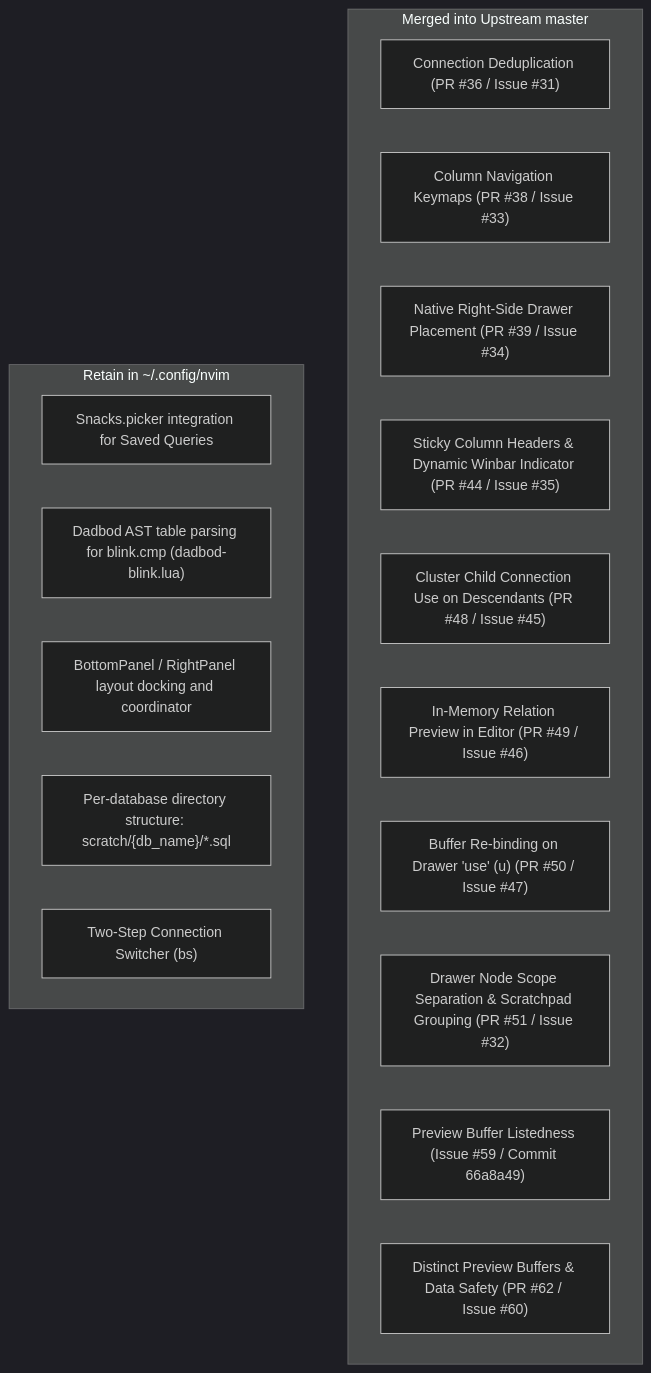
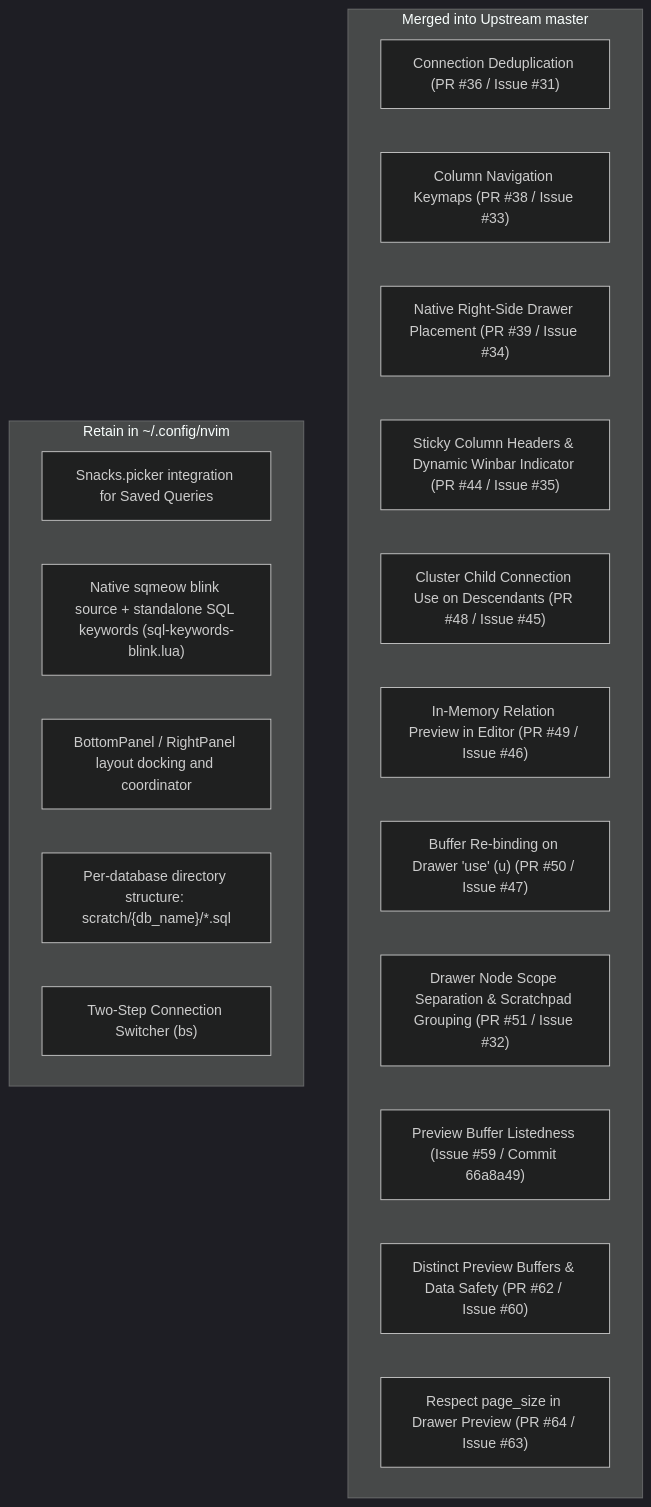
One commit to george-tk/nvim changed the diagram in database_agent.md. Above: the diagram before and after it, drawn with Mermaid (dark theme). The commit also changed other lines of this file and 8 other files, not shown here.

Commit message:
feat(database): adopt native sqmeow blink completion, remove dadbod, and sync PR #64

````diff
--- a/database_agent.md
+++ b/database_agent.md
@@ -36,23 +36,24 @@
 ```mermaid
 flowchart TD
     subgraph Resolved Upstream [Merged into Upstream master]
         A["Connection Deduplication (PR #36 / Issue #31)"]
         C["Column Navigation Keymaps (PR #38 / Issue #33)"]
         I["Native Right-Side Drawer Placement (PR #39 / Issue #34)"]
         D["Sticky Column Headers & Dynamic Winbar Indicator (PR #44 / Issue #35)"]
         J["Cluster Child Connection Use on Descendants (PR #48 / Issue #45)"]
         K["In-Memory Relation Preview in Editor (PR #49 / Issue #46)"]
         L["Buffer Re-binding on Drawer 'use' (u) (PR #50 / Issue #47)"]
         B["Drawer Node Scope Separation & Scratchpad Grouping (PR #51 / Issue #32)"]
         N["Preview Buffer Listedness (Issue #59 / Commit 66a8a49)"]
         O["Distinct Preview Buffers & Data Safety (PR #62 / Issue #60)"]
+        P["Respect page_size in Drawer Preview (PR #64 / Issue #63)"]
     end
 
     subgraph User Config Integrations [Retain in ~/.config/nvim]
         E["Snacks.picker integration for Saved Queries"]
-        F["Dadbod AST table parsing for blink.cmp (dadbod-blink.lua)"]
+        F["Native sqmeow blink source + standalone SQL keywords (sql-keywords-blink.lua)"]
         G["BottomPanel / RightPanel layout docking and coordinator"]
         H["Per-database directory structure: scratch/{db_name}/*.sql"]
         M["Two-Step Connection Switcher (<leader>bs)"]
     end
 ```
````
